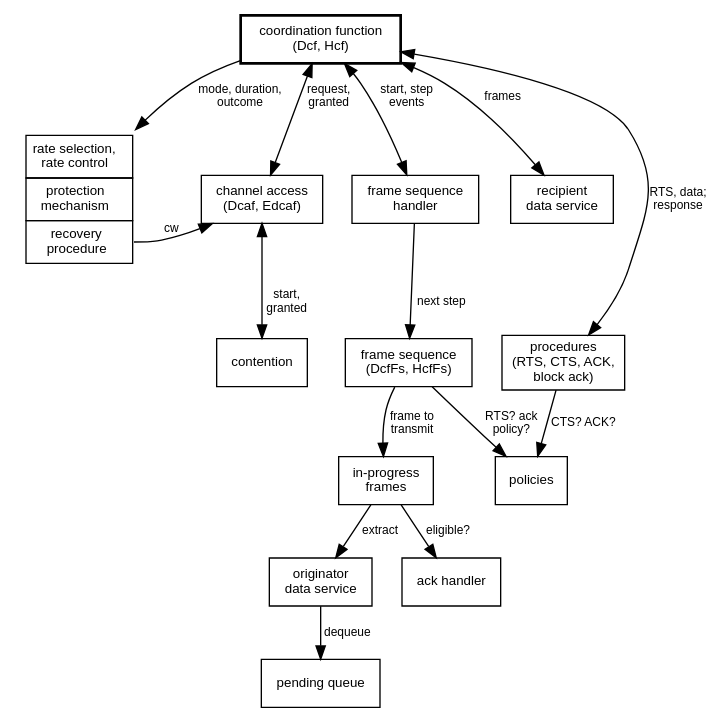
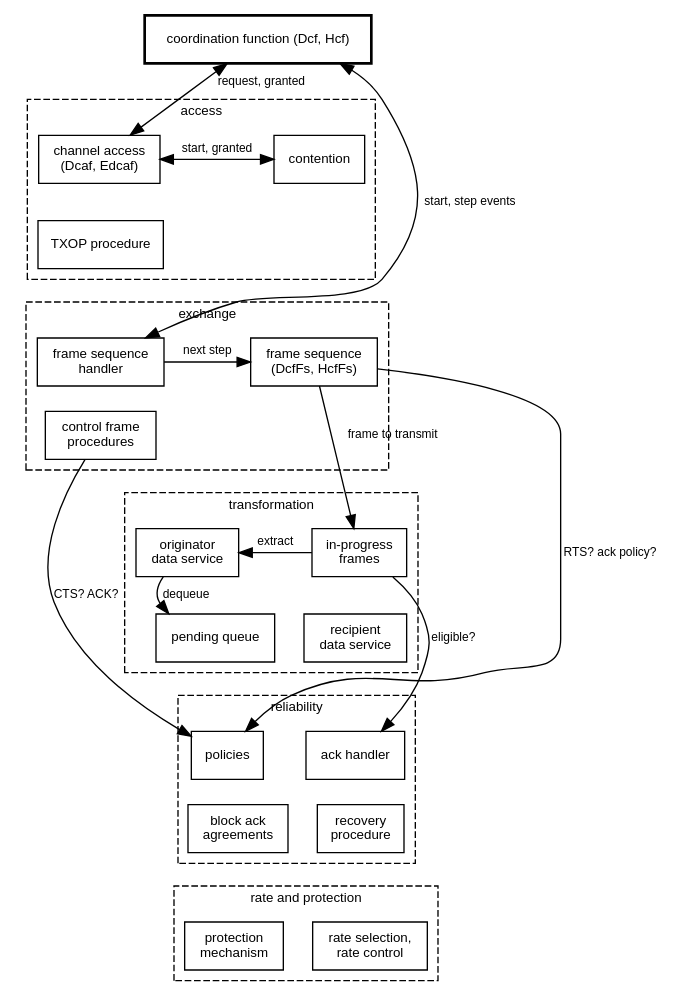
Before and after one commit to inet-framework/inet: the diagram in doc/src/developers-guide/figures/ieee80211_coordination_function.dot, drawn with Graphviz.

Commit message:
doc: change: the coordination function figure follows the function axis
The figure showed the parts of a coordination function as one graph
with the coordination function on top and every call drawn, which made
it 17 inches wide and unreadable on a page. It now has five bands, one
per function of the MAC data plane: access, exchange, transformation,
reliability, and rate and protection. Only the edges between the bands
are drawn; the table next to it says who calls whom. The figure and
the function table of the guide now say the same thing.

Plan: plan/pending/ieee80211-documentation.md
Change: doc | behavior.change | - | ieee80211-documentation

```diff
--- a/doc/src/developers-guide/figures/ieee80211_coordination_function.dot
+++ b/doc/src/developers-guide/figures/ieee80211_coordination_function.dot
@@ -1,44 +1,60 @@
 digraph g {
-  newrank=true; rankdir="TB"; nodesep=0.3; ranksep=0.4
+  newrank=true; rankdir="TB"; nodesep=0.3; ranksep=0.25
   node [shape=box, fontsize=10, fontname="Helvetica"]
   edge [fontsize=9, fontname="Helvetica"]
 
-  cf [label="coordination function\n(Dcf, Hcf)", style=bold]
+  cf [label="coordination function (Dcf, Hcf)", style=bold]
 
-  helpers [shape=plaintext, label=<<table border="0" cellborder="1" cellspacing="0" cellpadding="4"><tr><td port="rate">rate selection,<br/>rate control</td></tr><tr><td port="prot">protection<br/>mechanism</td></tr><tr><td port="rec">recovery<br/>procedure</td></tr></table>>]
+  // every band is a 2 x 2 grid; p1..p4 are invisible placeholders that keep the grid regular
+  node [style=invis, label="", width=1.2, height=0.5]
+  p1; p2
+  node [style=solid, label="\N", width=0.75, height=0.5]
 
-  ca [label="channel access\n(Dcaf, Edcaf)"]
-  contention [label="contention"]
+  subgraph cluster_access {
+    label="access"; fontsize=10; fontname="Helvetica"; style=dashed
+    ca [label="channel access\n(Dcaf, Edcaf)"]; contention [label="contention"]
+    txop [label="TXOP procedure"]; p1
+  }
+  subgraph cluster_exchange {
+    label="exchange"; fontsize=10; fontname="Helvetica"; style=dashed
+    handler [label="frame sequence\nhandler"]; sequence [label="frame sequence\n(DcfFs, HcfFs)"]
+    procedures [label="control frame\nprocedures"]; p2
+  }
+  subgraph cluster_transform {
+    label="transformation"; fontsize=10; fontname="Helvetica"; style=dashed
+    inprogress [label="in-progress\nframes"]; dataservice [label="originator\ndata service"]
+    recipient [label="recipient\ndata service"]; queue [label="pending queue"]
+  }
+  subgraph cluster_reliability {
+    label="reliability"; fontsize=10; fontname="Helvetica"; style=dashed
+    ackhandler [label="ack handler"]; policies [label="policies"]
+    recovery [label="recovery\nprocedure"]; agreements [label="block ack\nagreements"]
+  }
+  subgraph cluster_rate {
+    label="rate and protection"; fontsize=10; fontname="Helvetica"; style=dashed
+    rate [label="rate selection,\nrate control"]; protection [label="protection\nmechanism"]
+  }
 
-  handler [label="frame sequence\nhandler"]
-  sequence [label="frame sequence\n(DcfFs, HcfFs)"]
-  inprogress [label="in-progress\nframes"]
-  dataservice [label="originator\ndata service"]
-  queue [label="pending queue"]
-  ackhandler [label="ack handler"]
+  { rank=same; ca; contention }        { rank=same; txop; p1 }
+  { rank=same; handler; sequence }     { rank=same; procedures; p2 }
+  { rank=same; inprogress; dataservice } { rank=same; recipient; queue }
+  { rank=same; ackhandler; policies }  { rank=same; recovery; agreements }
+  { rank=same; rate; protection }
 
-  recipient [label="recipient\ndata service"]
-  procedures [label="procedures\n(RTS, CTS, ACK,\nblock ack)"]
-  policies [label="policies"]
+  // column chains (invisible) keep the bands aligned
+  edge [style=invis, weight=50]
+  ca -> txop -> handler -> procedures -> inprogress -> recipient -> ackhandler -> recovery -> rate
+  contention -> p1 -> sequence -> p2 -> dataservice -> queue -> policies -> agreements -> protection
+  edge [style=solid, weight=1]
 
-  { rank=same; helpers; ca; handler; recipient }
-  { rank=same; contention; sequence; procedures }
-  { rank=same; inprogress; policies }
-  { rank=same; dataservice; ackhandler }
-
-  cf -> helpers [label="mode, duration,\noutcome"]
-  helpers:rec -> ca [label="cw"]
-  cf -> ca [label="request,\ngranted", dir=both]
-  ca -> contention [label="start,\ngranted", dir=both]
-  cf -> handler [label="start, step\nevents", dir=both]
-  handler -> sequence [label="next step"]
-  sequence -> inprogress [label="frame to\ntransmit"]
-  inprogress -> dataservice [label="extract"]
+  cf -> ca [label="request, granted", dir=both]
+  cf -> handler [label="start, step events", dir=both]
+  ca -> contention [label="start, granted", dir=both, constraint=false]
+  handler -> sequence [label="next step", constraint=false]
+  sequence -> inprogress [label="frame to transmit"]
+  inprogress -> dataservice [label="extract", constraint=false]
   dataservice -> queue [label="dequeue"]
   inprogress -> ackhandler [label="eligible?"]
-  sequence -> policies [label="RTS? ack\npolicy?"]
-  cf -> recipient [label="frames", dir=both]
-  recipient -> procedures [style=invis]
-  cf -> procedures [label="RTS, data;\nresponse", dir=both, constraint=false]
+  sequence -> policies [label="RTS? ack policy?"]
   procedures -> policies [label="CTS? ACK?"]
 }
```
